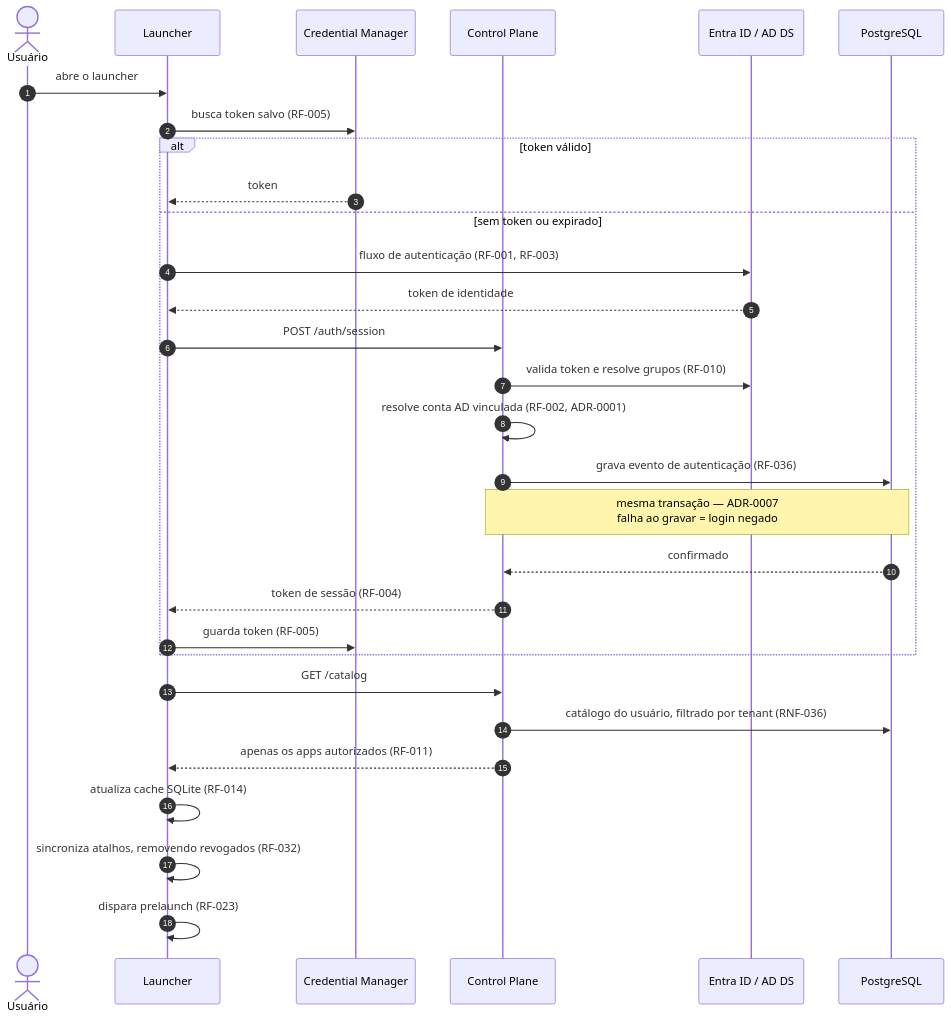
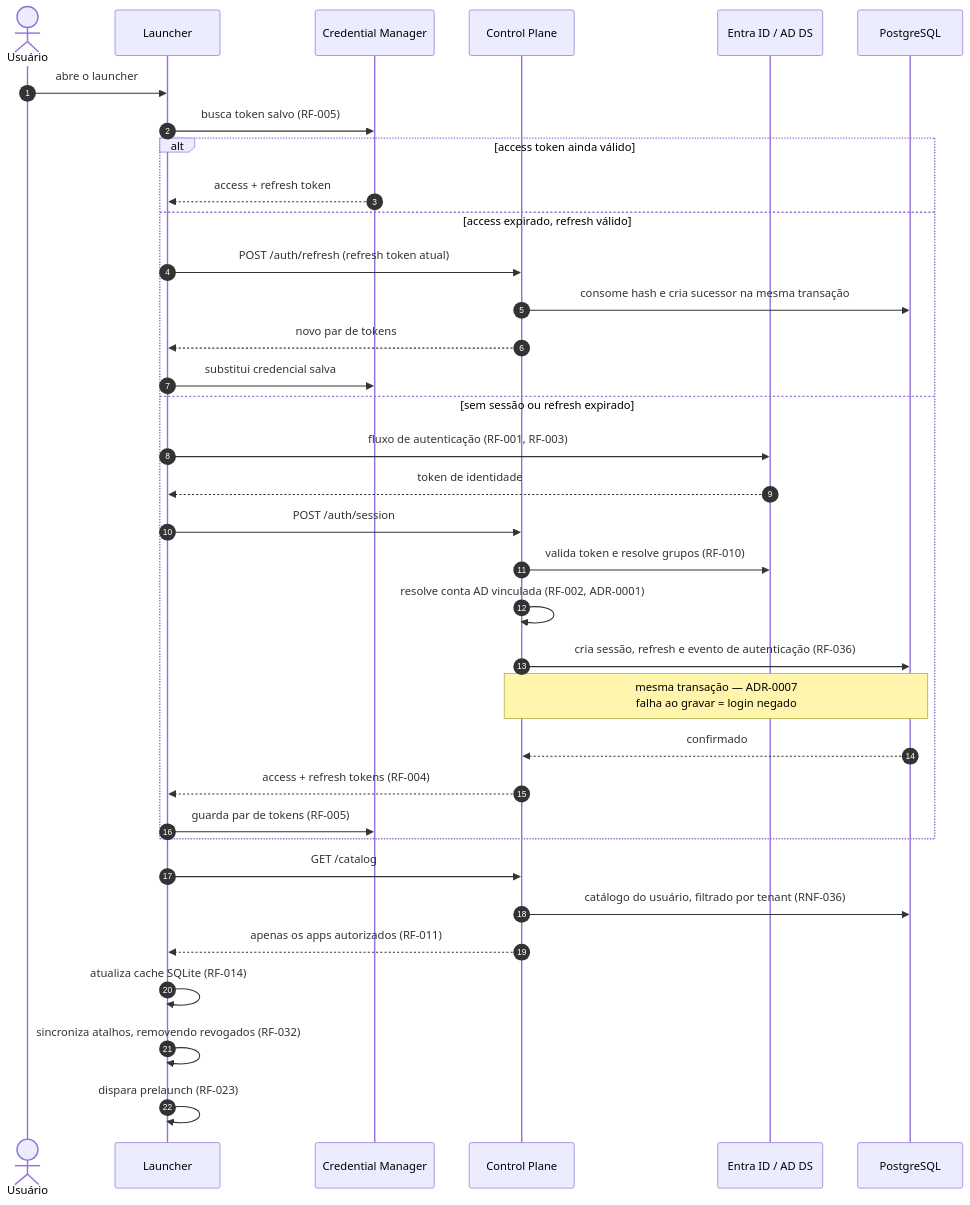
Before and after one commit to fredabsd-svg/APPBRIDGE: the fourth of 9 diagrams in docs/ARQUITETURA.md, drawn with Mermaid. The commit also changed other lines of this file and 23 other files, not shown here.

````diff
--- a/docs/ARQUITETURA.md
+++ b/docs/ARQUITETURA.md
@@ -290,33 +290,38 @@
 ```mermaid
 sequenceDiagram
     autonumber
     actor U as Usuário
     participant L as Launcher
     participant CM as Credential Manager
     participant CP as Control Plane
     participant ID as Entra ID / AD DS
     participant DB as PostgreSQL
 
     U->>L: abre o launcher
     L->>CM: busca token salvo (RF-005)
-    alt token válido
-        CM-->>L: token
-    else sem token ou expirado
+    alt access token ainda válido
+        CM-->>L: access + refresh token
+    else access expirado, refresh válido
+        L->>CP: POST /auth/refresh (refresh token atual)
+        CP->>DB: consome hash e cria sucessor na mesma transação
+        CP-->>L: novo par de tokens
+        L->>CM: substitui credencial salva
+    else sem sessão ou refresh expirado
         L->>ID: fluxo de autenticação (RF-001, RF-003)
         ID-->>L: token de identidade
         L->>CP: POST /auth/session
         CP->>ID: valida token e resolve grupos (RF-010)
         CP->>CP: resolve conta AD vinculada (RF-002, ADR-0001)
-        CP->>DB: grava evento de autenticação (RF-036)
+        CP->>DB: cria sessão, refresh e evento de autenticação (RF-036)
         Note over CP,DB: mesma transação — ADR-0007<br/>falha ao gravar = login negado
         DB-->>CP: confirmado
-        CP-->>L: token de sessão (RF-004)
-        L->>CM: guarda token (RF-005)
+        CP-->>L: access + refresh tokens (RF-004)
+        L->>CM: guarda par de tokens (RF-005)
     end
     L->>CP: GET /catalog
     CP->>DB: catálogo do usuário, filtrado por tenant (RNF-036)
     CP-->>L: apenas os apps autorizados (RF-011)
     L->>L: atualiza cache SQLite (RF-014)
     L->>L: sincroniza atalhos, removendo revogados (RF-032)
     L->>L: dispara prelaunch (RF-023)
 ```
````
